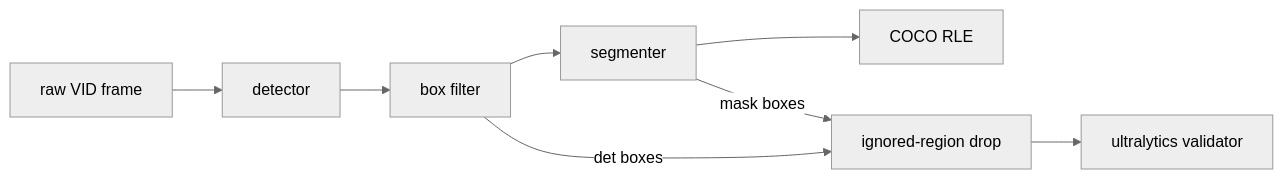
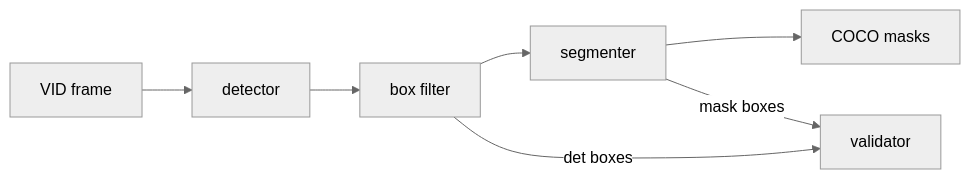
The diagram in docs/autolabel.md (vtarasv/mlops-cv), drawn with Mermaid (neutral theme) before and after one commit. The commit also changed other lines of this file, not shown here.

````diff
--- a/docs/autolabel.md
+++ b/docs/autolabel.md
@@ -23,6 +27,6 @@
-```mermaid
-flowchart LR
-    I[raw VID frame] --> D[detector] --> F[box filter] --> S[segmenter] --> R[COCO RLE]
-    F -- det boxes --> V[ignored-region drop] --> E[ultralytics validator]
-    S -- mask boxes --> V
-```
+  ```mermaid
+  flowchart LR
+      I[VID frame] --> D[detector] --> F[box filter] --> S[segmenter] --> R[COCO masks]
+      F -- det boxes --> V[validator]
+      S -- mask boxes --> V
+  ```
````
